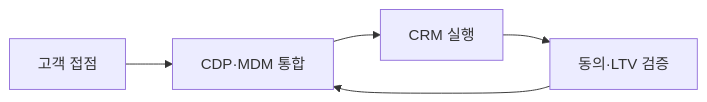
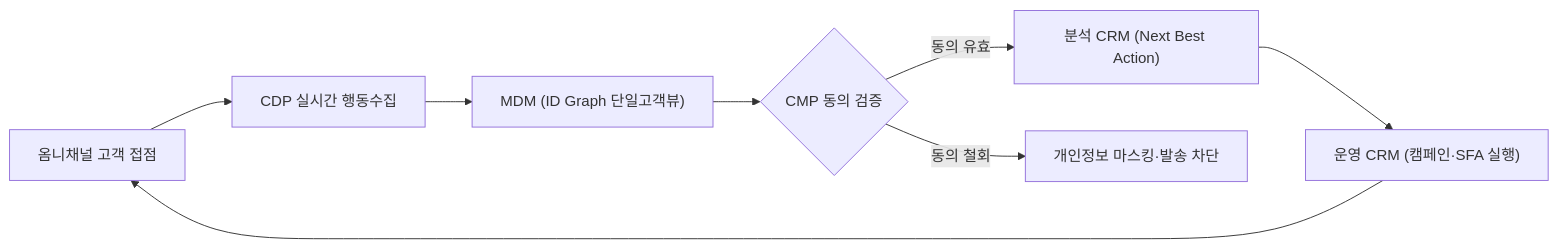
Before and after one commit to agnusdei1207/study: the second of 3 diagrams in src/content/docs/notes/itpe/01-it-strategy/031_crm.md, drawn with Mermaid. The commit also changed other lines of this file and 19 other files, not shown here.

````diff
--- a/src/content/docs/notes/itpe/01-it-strategy/031_crm.md
+++ b/src/content/docs/notes/itpe/01-it-strategy/031_crm.md
@@ -95,7 +95,10 @@
 ```mermaid
 flowchart LR
-    s["고객 접점"] --> a["CDP·MDM 통합"]
-    a --> v["CRM 실행"]
-    v --> r["동의·LTV 검증"]
-    r --> a
+    Touch["옴니채널 고객 접점"] --> CDP["CDP 실시간 행동수집"]
+    CDP --> MDM["MDM (ID Graph 단일고객뷰)"]
+    MDM --> CMP{"CMP 동의 검증"}
+    CMP -->|"동의 유효"| NBA["분석 CRM (Next Best Action)"]
+    CMP -->|"동의 철회"| Block["개인정보 마스킹·발송 차단"]
+    NBA --> Exec["운영 CRM (캠페인·SFA 실행)"]
+    Exec --> Touch
 ```
````
